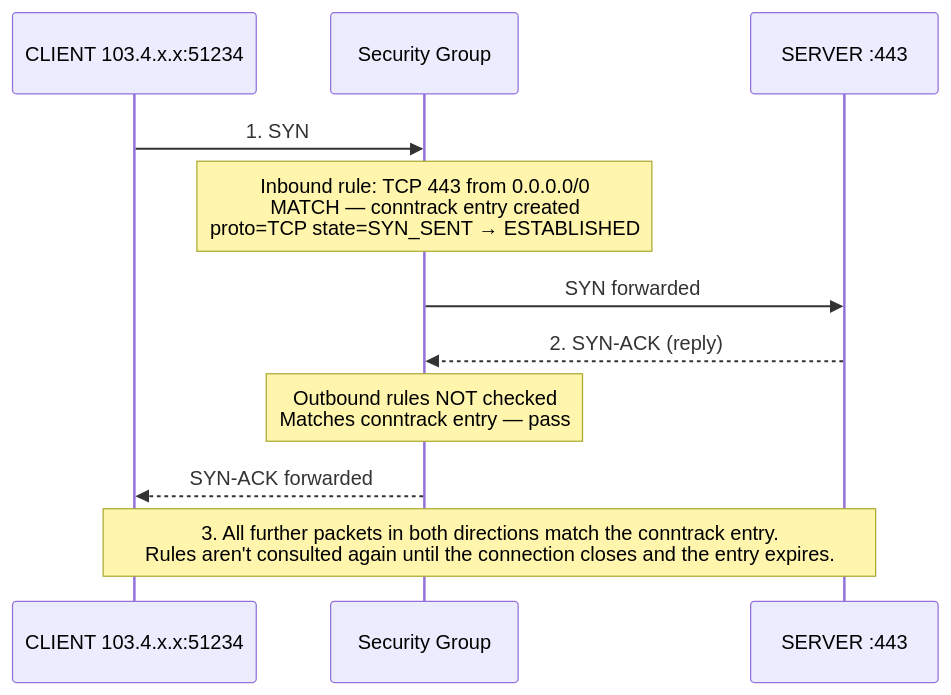
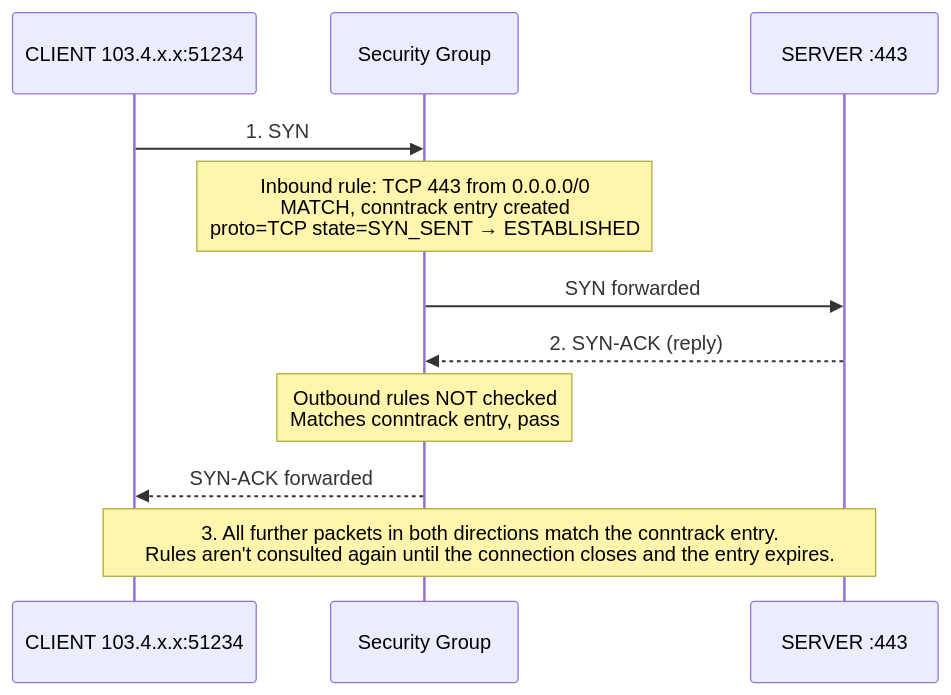
One commit to un-earthly/portfolio-client changed the third of 5 diagrams in src/content/blogs/aws-security-groups-deep-dive-stateful-firewall.md. Above: the diagram before and after it, drawn with Mermaid. The commit also changed other lines of this file and 22 other files, not shown here.

````diff
--- a/src/content/blogs/aws-security-groups-deep-dive-stateful-firewall.md
+++ b/src/content/blogs/aws-security-groups-deep-dive-stateful-firewall.md
@@ -138,14 +138,14 @@
 ```mermaid
 sequenceDiagram
     participant Client as CLIENT 103.4.x.x:51234
     participant SG as Security Group
     participant Server as SERVER :443
 
     Client->>SG: 1. SYN
-    Note over SG: Inbound rule: TCP 443 from 0.0.0.0/0<br/>MATCH — conntrack entry created<br/>proto=TCP state=SYN_SENT → ESTABLISHED
+    Note over SG: Inbound rule: TCP 443 from 0.0.0.0/0<br/>MATCH, conntrack entry created<br/>proto=TCP state=SYN_SENT → ESTABLISHED
     SG->>Server: SYN forwarded
     Server-->>SG: 2. SYN-ACK (reply)
-    Note over SG: Outbound rules NOT checked<br/>Matches conntrack entry — pass
+    Note over SG: Outbound rules NOT checked<br/>Matches conntrack entry, pass
     SG-->>Client: SYN-ACK forwarded
     Note over Client,Server: 3. All further packets in both directions match the conntrack entry.<br/>Rules aren't consulted again until the connection closes and the entry expires.
 ```
````
